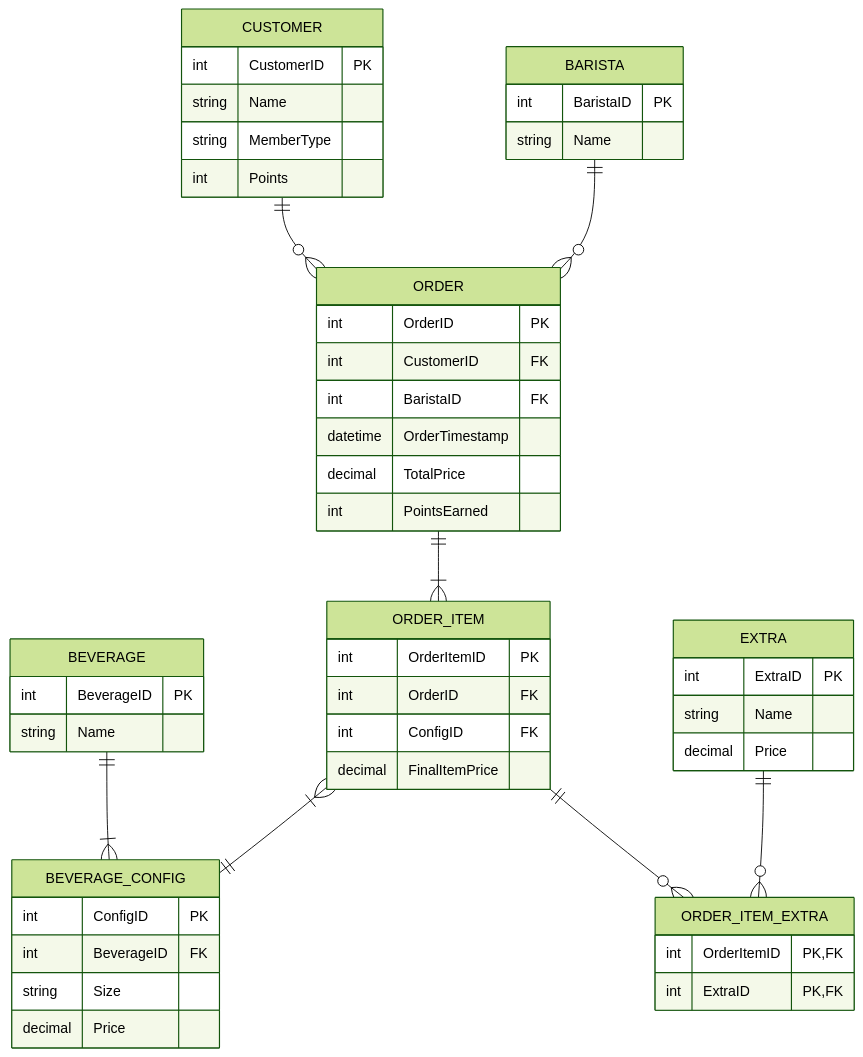
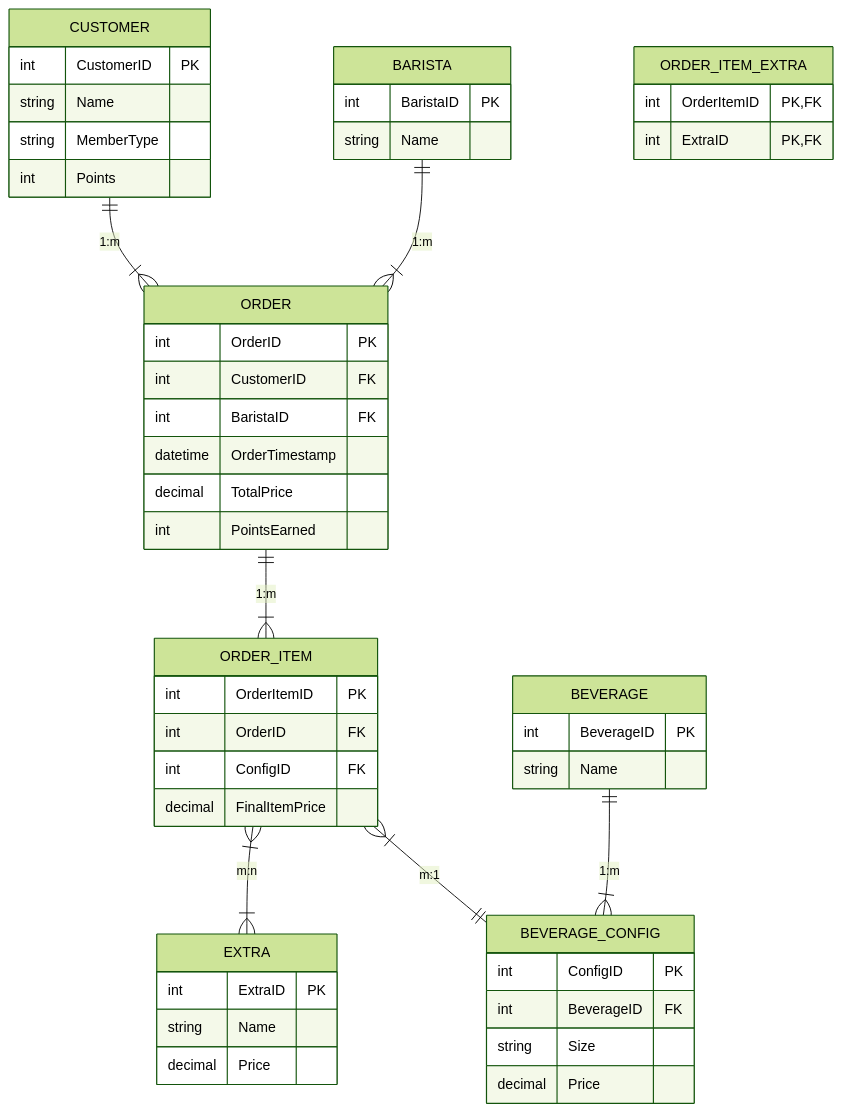
Before and after one commit to soniazagrean/Task: the second of 2 diagrams in README.md, drawn with Mermaid (forest theme). The commit also changed other lines of this file, not shown here.

Commit message:
version 2

````diff
--- a/README.md
+++ b/README.md
@@ -79,61 +78,60 @@
 ``` mermaid
 erDiagram
-    CUSTOMER ||--o{ ORDER : ""
-    BARISTA ||--o{ ORDER : ""
-    ORDER ||--|{ ORDER_ITEM : ""
-    BEVERAGE ||--|{ BEVERAGE_CONFIG : ""
-    ORDER_ITEM ||--o{ ORDER_ITEM_EXTRA : ""
-    EXTRA ||--o{ ORDER_ITEM_EXTRA : ""
-    ORDER_ITEM }|--|| BEVERAGE_CONFIG : ""
+    CUSTOMER ||--|{ ORDER : "1:m"
+    BARISTA ||--|{ ORDER : "1:m"
+    ORDER ||--|{ ORDER_ITEM : "1:m"
+    BEVERAGE ||--|{ BEVERAGE_CONFIG : "1:m"
+    ORDER_ITEM }|--|{ EXTRA : "m:n"
+    ORDER_ITEM }|--|| BEVERAGE_CONFIG : "m:1"
 
     CUSTOMER {
         int CustomerID PK
         string Name
         string MemberType
         int Points
     }
 
     BARISTA {
         int BaristaID PK
         string Name
     }
 
     ORDER {
         int OrderID PK
         int CustomerID FK
         int BaristaID FK
         datetime OrderTimestamp
         decimal TotalPrice
         int PointsEarned
     }
 
     BEVERAGE {
         int BeverageID PK
         string Name
     }
     
     BEVERAGE_CONFIG {
         int ConfigID PK
         int BeverageID FK
         string Size
         decimal Price
     }
 
     ORDER_ITEM {
         int OrderItemID PK
         int OrderID FK
         int ConfigID FK
         decimal FinalItemPrice
     }
 
     EXTRA {
         int ExtraID PK
         string Name
         decimal Price
     }
     
     ORDER_ITEM_EXTRA {
         int OrderItemID PK, FK
         int ExtraID PK, FK
     }
 ```
````
